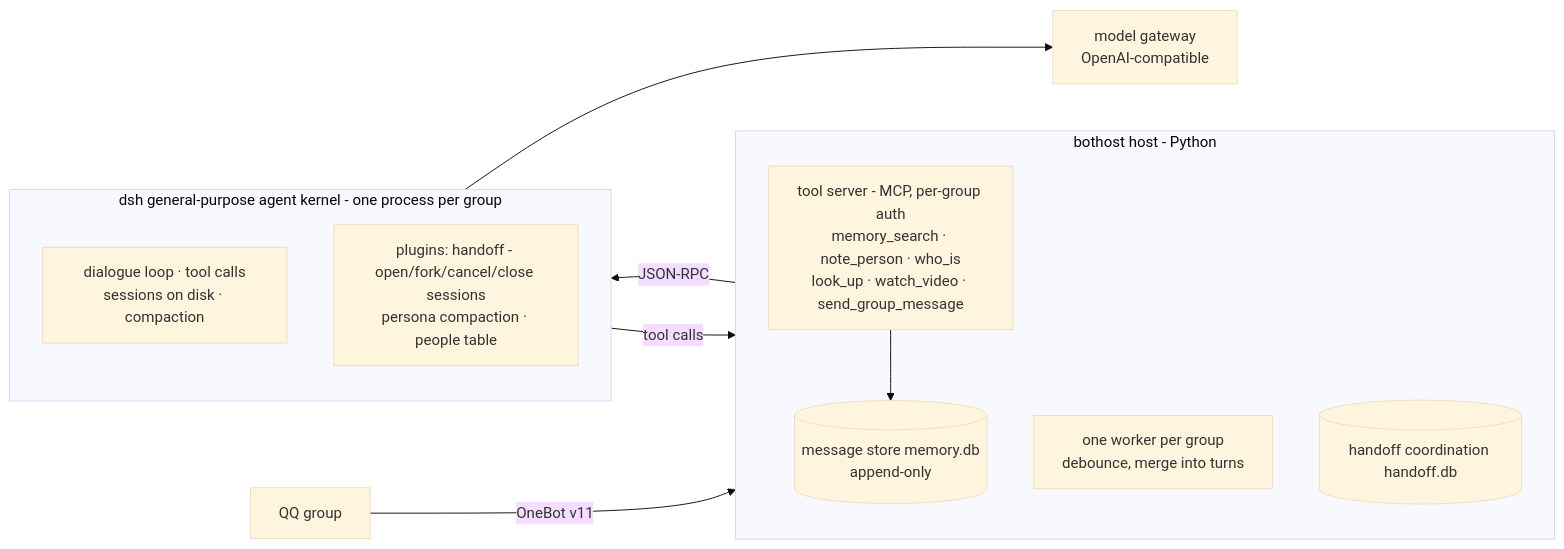
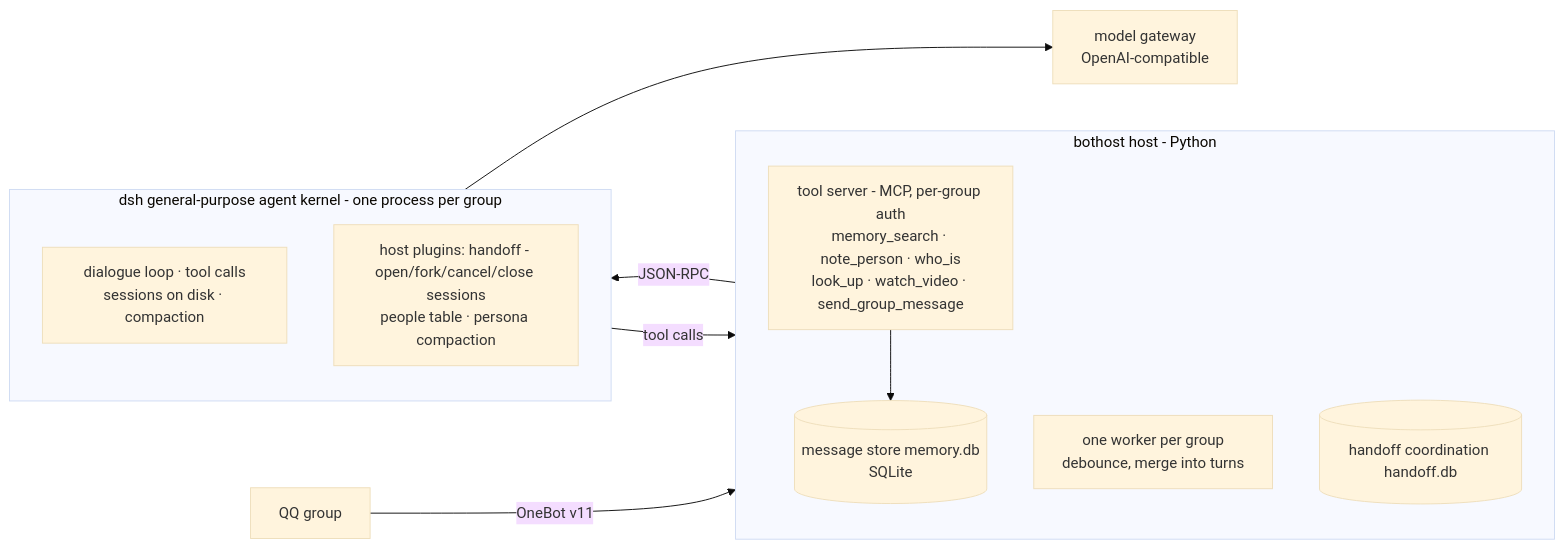
The first of 3 diagrams in docs/overview/architecture.en.md (shioochicqwq/groupmind), drawn with Mermaid (base theme) before and after one commit. The commit also changed other lines of this file and 5 other files, not shown here.

````diff
--- a/docs/overview/architecture.en.md
+++ b/docs/overview/architecture.en.md
@@ -42,20 +44,20 @@
 ```mermaid
 flowchart LR
     QQ[QQ group] -- OneBot v11 --> H
     subgraph H[bothost host - Python]
         direction TB
-        ST[(message store memory.db<br/>append-only)]
+        ST[(message store memory.db<br/>SQLite)]
         WK[one worker per group<br/>debounce, merge into turns]
         TL[tool server - MCP, per-group auth<br/>memory_search · note_person · who_is<br/>look_up · watch_video · send_group_message]
         HO[(handoff coordination handoff.db)]
     end
     subgraph K[dsh general-purpose agent kernel - one process per group]
         direction TB
         LOOP[dialogue loop · tool calls<br/>sessions on disk · compaction]
-        PL[plugins: handoff - open/fork/cancel/close sessions<br/>persona compaction · people table]
+        PL[host plugins: handoff - open/fork/cancel/close sessions<br/>people table · persona compaction]
     end
     WK -- JSON-RPC --> K
     K -- tool calls --> TL
     TL --> ST
     K --> GW[model gateway<br/>OpenAI-compatible]
 ```
````
